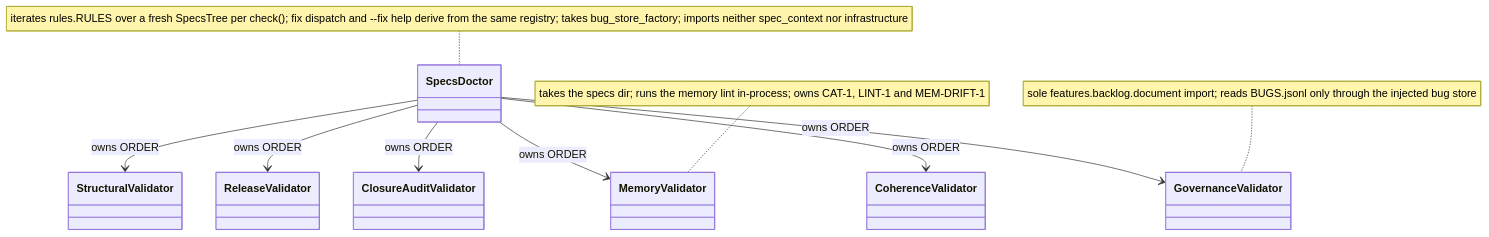
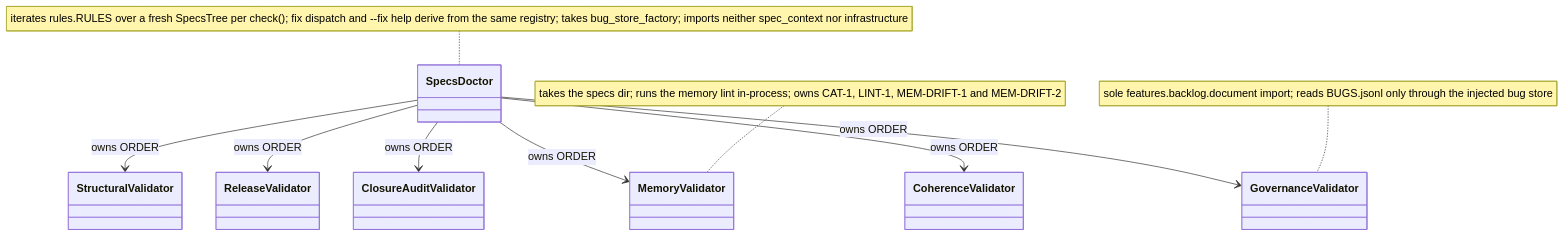
The first of 3 diagrams in specs/memory/ARCHITECTURE.md (marcoaureliomenezes/dadaia-workspace), drawn with Mermaid before and after one commit. The commit also changed other lines of this file and 411 other files, not shown here.

````diff
--- a/specs/memory/ARCHITECTURE.md
+++ b/specs/memory/ARCHITECTURE.md
@@ -132,19 +142,19 @@
 ```mermaid
 classDiagram
     class SpecsDoctor
     class StructuralValidator
     class MemoryValidator
     class ReleaseValidator
     class ClosureAuditValidator
     class GovernanceValidator
     class CoherenceValidator
     SpecsDoctor --> StructuralValidator : owns ORDER
     SpecsDoctor --> MemoryValidator : owns ORDER
     SpecsDoctor --> ReleaseValidator : owns ORDER
     SpecsDoctor --> ClosureAuditValidator : owns ORDER
     SpecsDoctor --> GovernanceValidator : owns ORDER
     SpecsDoctor --> CoherenceValidator : owns ORDER
-    note for MemoryValidator "takes the specs dir; runs the memory lint in-process; owns CAT-1, LINT-1 and MEM-DRIFT-1"
+    note for MemoryValidator "takes the specs dir; runs the memory lint in-process; owns CAT-1, LINT-1, MEM-DRIFT-1 and MEM-DRIFT-2"
     note for GovernanceValidator "sole features.backlog.document import; reads BUGS.jsonl only through the injected bug store"
     note for SpecsDoctor "iterates rules.RULES over a fresh SpecsTree per check(); fix dispatch and --fix help derive from the same registry; takes bug_store_factory; imports neither spec_context nor infrastructure"
 ```
````
